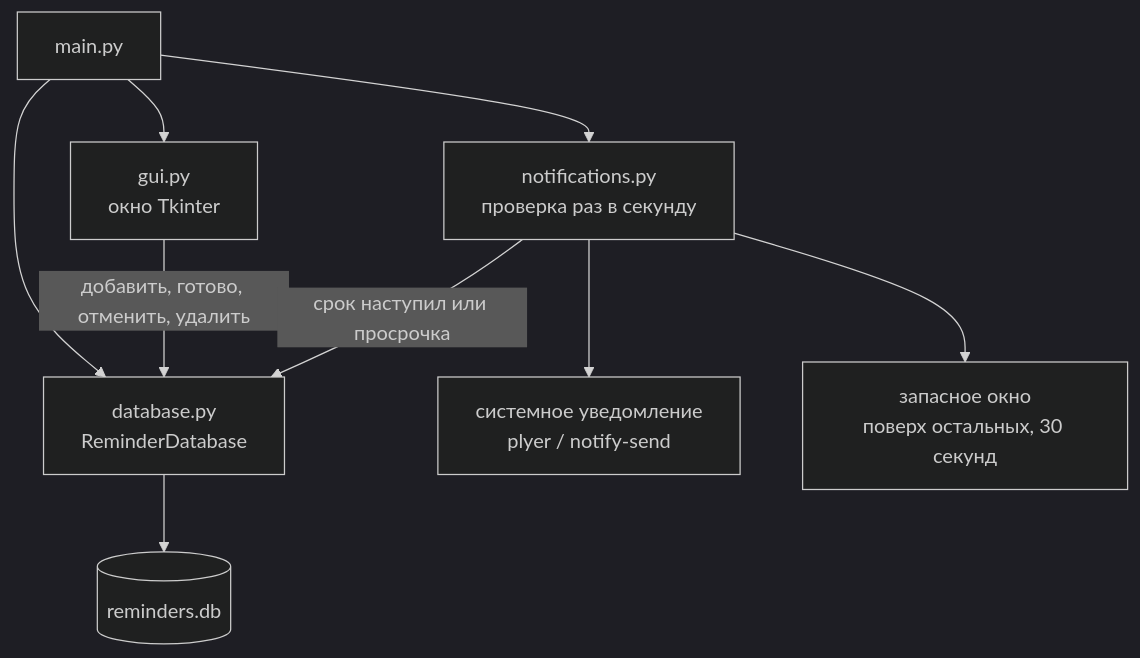
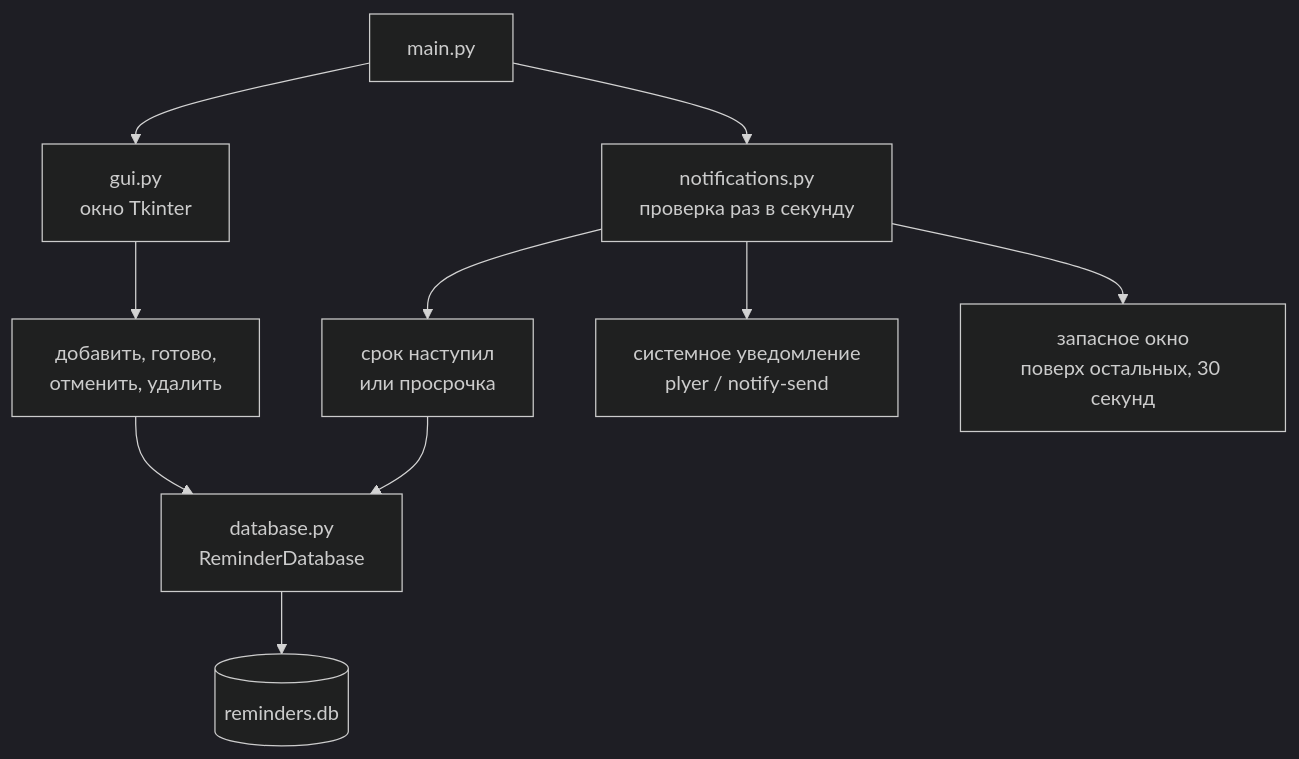
One commit to G-iFusion/Reminders changed the diagram in README.md. Above: the diagram before and after it, drawn with Mermaid (dark theme).

Commit message:
Separate the diagram labels so they no longer overlap.

````diff
--- a/README.md
+++ b/README.md
@@ -7,11 +7,12 @@
 ```mermaid
 flowchart TD
     main["main.py"] --> gui["gui.py<br/>окно Tkinter"]
     main --> notes["notifications.py<br/>проверка раз в секунду"]
-    main --> database["database.py<br/>ReminderDatabase"]
-    gui -->|"добавить, готово, отменить, удалить"| database
-    notes -->|"срок наступил или просрочка"| database
+    gui --> leftAction["добавить, готово,<br/>отменить, удалить"]
+    notes --> rightAction["срок наступил<br/>или просрочка"]
+    leftAction --> database["database.py<br/>ReminderDatabase"]
+    rightAction --> database
     database --> db[("reminders.db")]
     notes --> system["системное уведомление<br/>plyer / notify-send"]
     notes --> popup["запасное окно<br/>поверх остальных, 30 секунд"]
 ```
````
